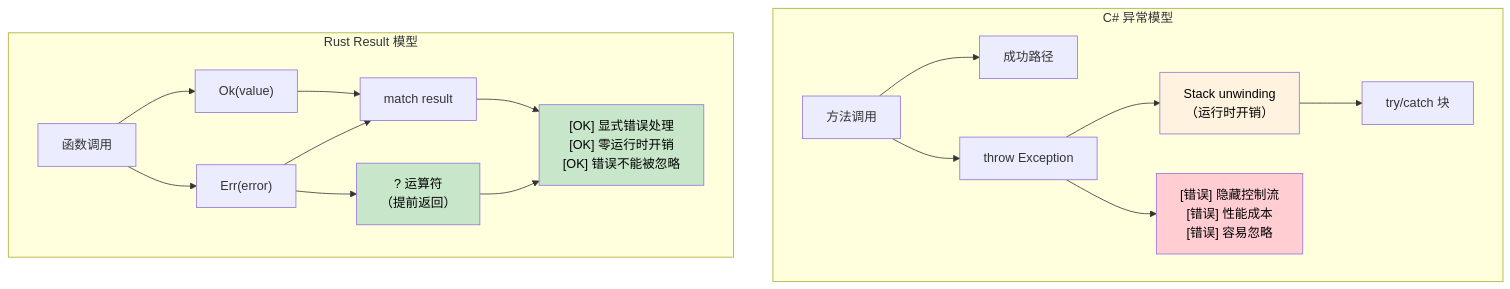
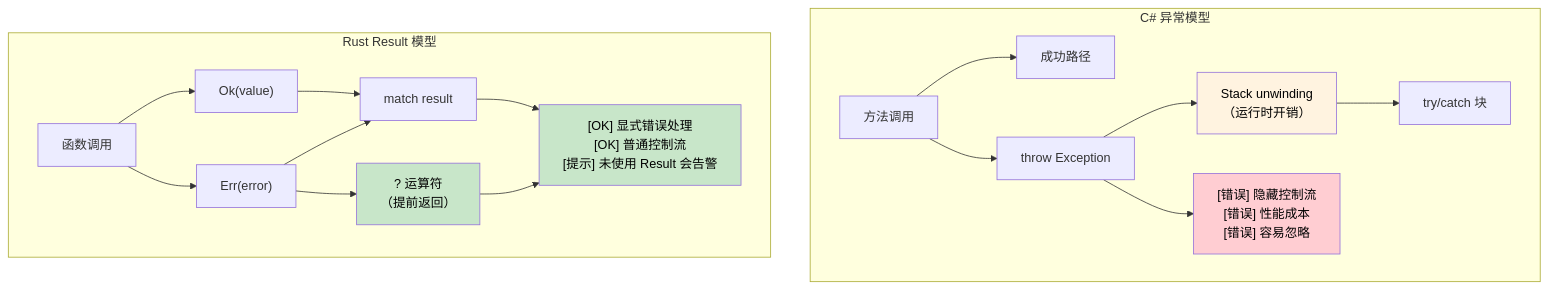
One commit to xiaofengoop/rust-for-csharp-programmers-zh-cn changed the diagram in zh-cn/csharp-book/src/ch09-error-handling.md. Above: the diagram before and after it, drawn with Mermaid. The commit also changed other lines of this file and 11 other files, not shown here.

````diff
--- a/zh-cn/csharp-book/src/ch09-error-handling.md
+++ b/zh-cn/csharp-book/src/ch09-error-handling.md
@@ -130,39 +130,39 @@
 ```mermaid
 graph TD
     subgraph "C# 异常模型"
         CS_CALL["方法调用"]
         CS_SUCCESS["成功路径"]
         CS_EXCEPTION["throw Exception"]
         CS_STACK["Stack unwinding<br/>（运行时开销）"]
         CS_CATCH["try/catch 块"]
         CS_HIDDEN["[错误] 隐藏控制流<br/>[错误] 性能成本<br/>[错误] 容易忽略"]
         
         CS_CALL --> CS_SUCCESS
         CS_CALL --> CS_EXCEPTION
         CS_EXCEPTION --> CS_STACK
         CS_STACK --> CS_CATCH
         CS_EXCEPTION --> CS_HIDDEN
     end
     
     subgraph "Rust Result 模型"
         RUST_CALL["函数调用"]
         RUST_OK["Ok(value)"]
         RUST_ERR["Err(error)"]
         RUST_MATCH["match result"]
         RUST_QUESTION["? 运算符<br/>（提前返回）"]
-        RUST_EXPLICIT["[OK] 显式错误处理<br/>[OK] 零运行时开销<br/>[OK] 错误不能被忽略"]
+        RUST_EXPLICIT["[OK] 显式错误处理<br/>[OK] 普通控制流<br/>[提示] 未使用 Result 会告警"]
         
         RUST_CALL --> RUST_OK
         RUST_CALL --> RUST_ERR
         RUST_OK --> RUST_MATCH
         RUST_ERR --> RUST_MATCH
         RUST_ERR --> RUST_QUESTION
         RUST_MATCH --> RUST_EXPLICIT
         RUST_QUESTION --> RUST_EXPLICIT
     end
     
     style CS_HIDDEN fill:#ffcdd2,color:#000
     style RUST_EXPLICIT fill:#c8e6c9,color:#000
     style CS_STACK fill:#fff3e0,color:#000
     style RUST_QUESTION fill:#c8e6c9,color:#000
 ```
````
